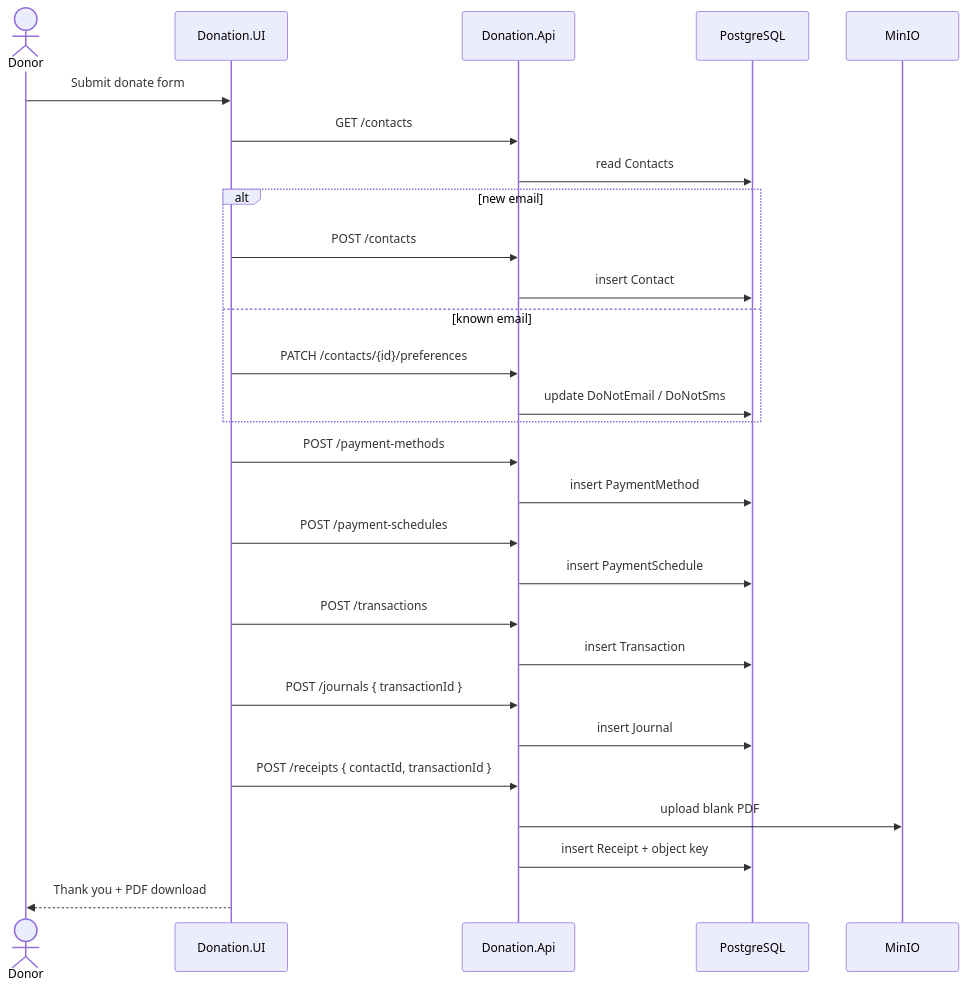
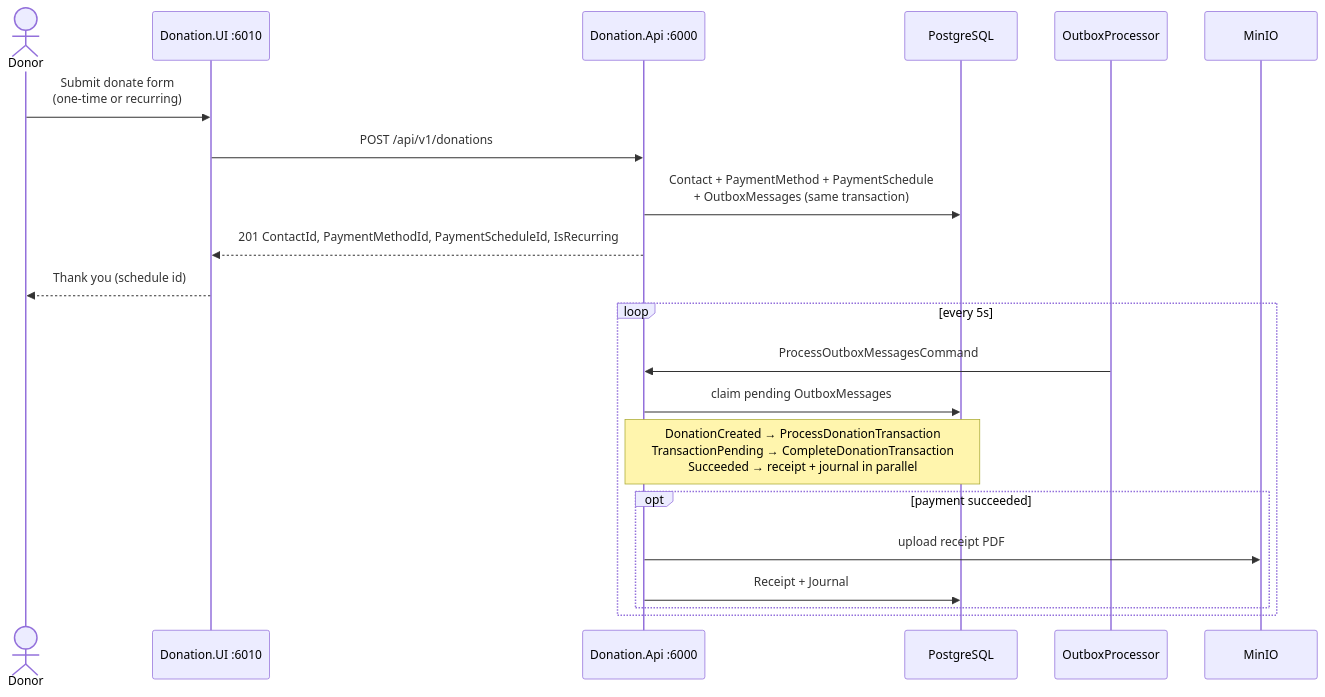
The second of 4 diagrams in DATA_FLOW.md (NghiaNguyen170192/NetCore), drawn with Mermaid before and after one commit. The commit also changed other lines of this file and 93 other files, not shown here.

````diff
--- a/DATA_FLOW.md
+++ b/DATA_FLOW.md
@@ -46,31 +52,25 @@
 ```mermaid
 sequenceDiagram
   actor Donor
-  participant UI as Donation.UI
-  participant API as Donation.Api
+  participant UI as Donation.UI :6010
+  participant API as Donation.Api :6000
   participant DB as PostgreSQL
+  participant Outbox as OutboxProcessor
   participant Store as MinIO
 
-  Donor->>UI: Submit donate form
-  UI->>API: GET /contacts
-  API->>DB: read Contacts
-  alt new email
-    UI->>API: POST /contacts
-    API->>DB: insert Contact
-  else known email
-    UI->>API: PATCH /contacts/{id}/preferences
-    API->>DB: update DoNotEmail / DoNotSms
+  Donor->>UI: Submit donate form<br/>(one-time or recurring)
+  UI->>API: POST /api/v1/donations
+  API->>DB: Contact + PaymentMethod + PaymentSchedule<br/>+ OutboxMessages (same transaction)
+  API-->>UI: 201 ContactId, PaymentMethodId, PaymentScheduleId, IsRecurring
+  UI-->>Donor: Thank you (schedule id)
+
+  loop every 5s
+    Outbox->>API: ProcessOutboxMessagesCommand
+    API->>DB: claim pending OutboxMessages
+    Note over API,DB: DonationCreated → ProcessDonationTransaction<br/>TransactionPending → CompleteDonationTransaction<br/>Succeeded → receipt + journal in parallel
+    opt payment succeeded
+      API->>Store: upload receipt PDF
+      API->>DB: Receipt + Journal
+    end
   end
-  UI->>API: POST /payment-methods
-  API->>DB: insert PaymentMethod
-  UI->>API: POST /payment-schedules
-  API->>DB: insert PaymentSchedule
-  UI->>API: POST /transactions
-  API->>DB: insert Transaction
-  UI->>API: POST /journals  { transactionId }
-  API->>DB: insert Journal
-  UI->>API: POST /receipts  { contactId, transactionId }
-  API->>Store: upload blank PDF
-  API->>DB: insert Receipt + object key
-  UI-->>Donor: Thank you + PDF download
 ```
````
